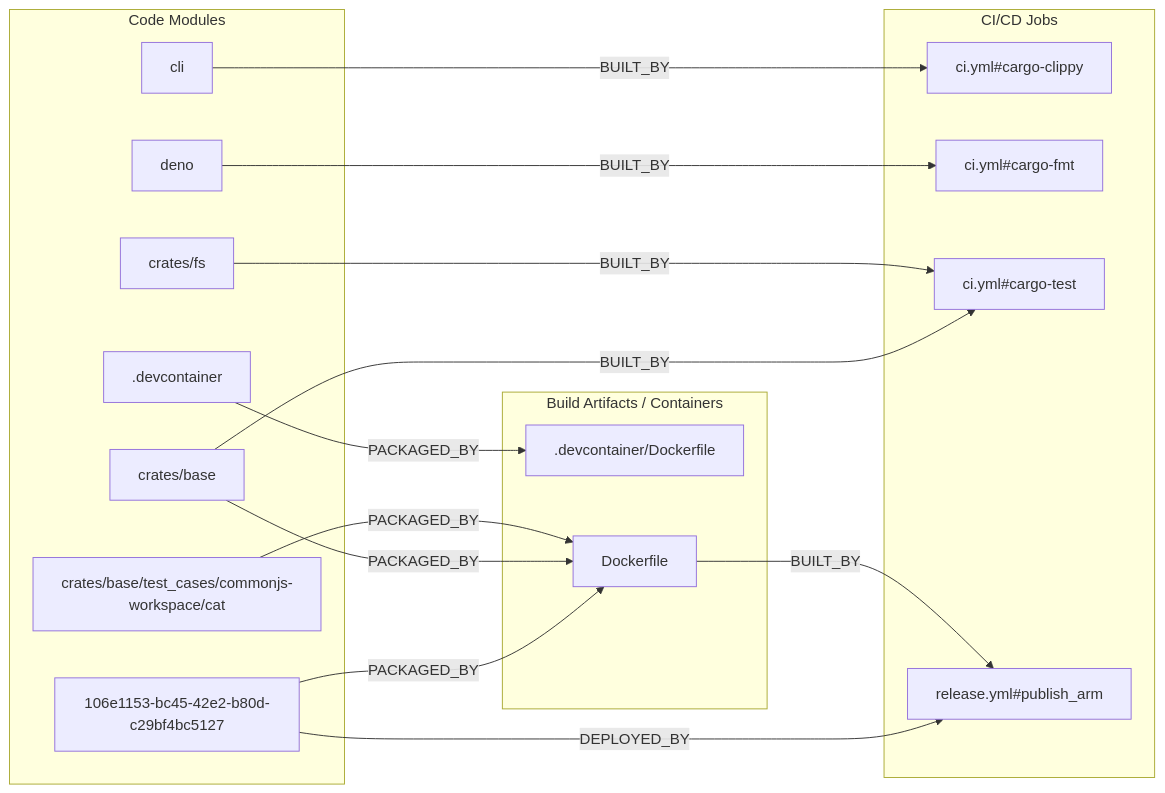
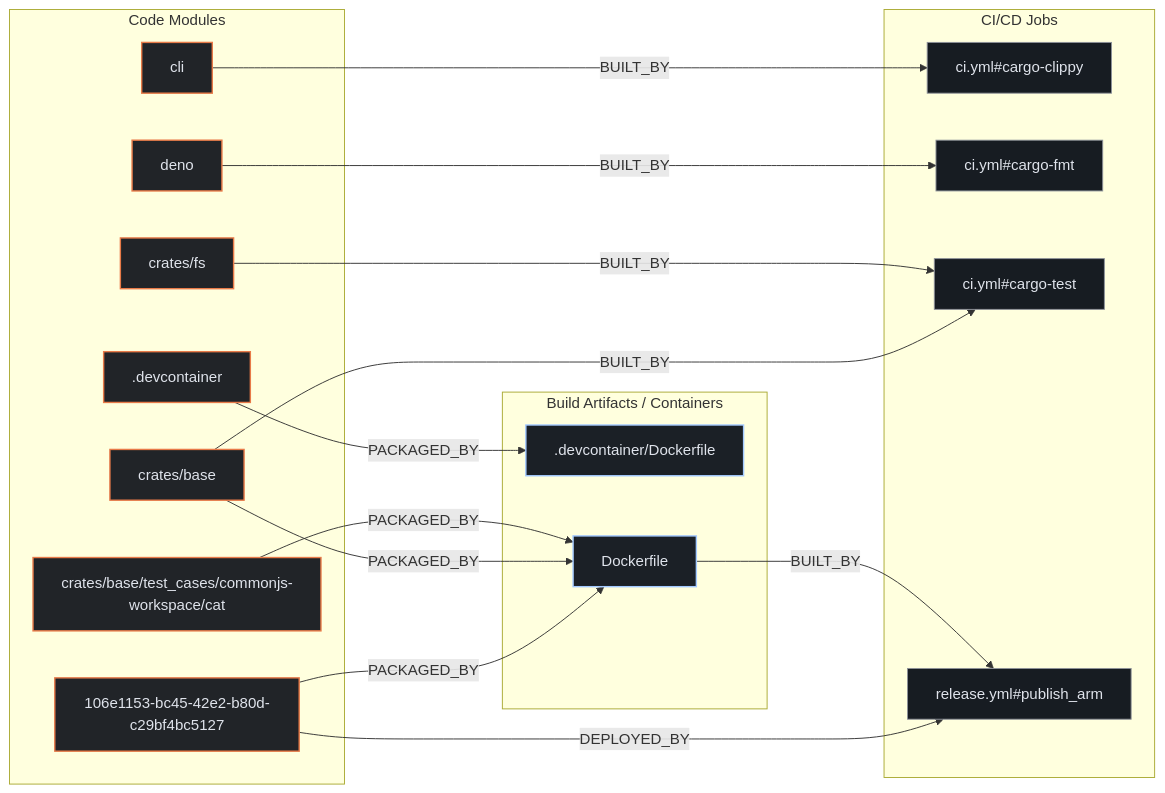
Before and after one commit to kumarshaz/atruss-code-atlas: the second of 3 diagrams in exports/latest/reports/supabase-edge-runtime-report.md, drawn with Mermaid. The commit also changed other lines of this file and 331 other files, not shown here.

Commit message:
docs,ui,fix: update SDLC docs, reorder CI/CD DAG first, stylize Mermaid, and fix Arc42 pipeline topology

````diff
--- a/exports/latest/reports/supabase-edge-runtime-report.md
+++ b/exports/latest/reports/supabase-edge-runtime-report.md
@@ -234,32 +241,36 @@
 ```mermaid
 flowchart LR
+    classDef atlasCategory fill:#212428,stroke:#E87A48,stroke-width:1.5px,color:#dfe3eb
+    classDef atlasWorkflow fill:#1b2026,stroke:#a3c9ff,stroke-width:1.5px,color:#dfe3eb
+    classDef atlasJob fill:#171c22,stroke:#8d9199,stroke-width:1px,color:#dfe3eb
+    classDef atlasTarget fill:#005227,stroke:#8bd99b,stroke-width:1.5px,color:#a7f6b6
     subgraph code_modules["Code Modules"]
-        mod__devcontainer[".devcontainer"]
-        mod_106e1153_bc45_42e2_b80d_c29bf4bc5127["106e1153-bc45-42e2-b80d-c29bf4bc5127"]
-        mod_cli["cli"]
-        mod_crates_base["crates/base"]
-        mod_crates_base_test_cases_commonjs_workspace_cat["crates/base/test_cases/commonjs-workspace/cat"]
-        mod_crates_fs["crates/fs"]
-        mod_deno["deno"]
+        mod__devcontainer[".devcontainer"]:::atlasCategory
+        mod_106e1153_bc45_42e2_b80d_c29bf4bc5127["106e1153-bc45-42e2-b80d-c29bf4bc5127"]:::atlasCategory
+        mod_cli["cli"]:::atlasCategory
+        mod_crates_base["crates/base"]:::atlasCategory
+        mod_crates_base_test_cases_commonjs_workspace_cat["crates/base/test_cases/commonjs-workspace/cat"]:::atlasCategory
+        mod_crates_fs["crates/fs"]:::atlasCategory
+        mod_deno["deno"]:::atlasCategory
     end
     subgraph build_artifacts["Build Artifacts / Containers"]
-        art__devcontainer_Dockerfile[".devcontainer/Dockerfile"]
-        art_Dockerfile["Dockerfile"]
+        art__devcontainer_Dockerfile[".devcontainer/Dockerfile"]:::atlasWorkflow
+        art_Dockerfile["Dockerfile"]:::atlasWorkflow
     end
     subgraph ci_jobs["CI/CD Jobs"]
-        job_ci_yml_cargo_clippy["ci.yml#cargo-clippy"]
-        job_ci_yml_cargo_fmt["ci.yml#cargo-fmt"]
-        job_ci_yml_cargo_test["ci.yml#cargo-test"]
-        job_release_yml_publish_arm["release.yml#publish_arm"]
+        job_ci_yml_cargo_clippy["ci.yml#cargo-clippy"]:::atlasJob
+        job_ci_yml_cargo_fmt["ci.yml#cargo-fmt"]:::atlasJob
+        job_ci_yml_cargo_test["ci.yml#cargo-test"]:::atlasJob
+        job_release_yml_publish_arm["release.yml#publish_arm"]:::atlasJob
     end
     mod__devcontainer -->|PACKAGED_BY| art__devcontainer_Dockerfile
     mod_106e1153_bc45_42e2_b80d_c29bf4bc5127 -->|DEPLOYED_BY| job_release_yml_publish_arm
     mod_106e1153_bc45_42e2_b80d_c29bf4bc5127 -->|PACKAGED_BY| art_Dockerfile
     mod_cli -->|BUILT_BY| job_ci_yml_cargo_clippy
     mod_crates_base -->|BUILT_BY| job_ci_yml_cargo_test
     mod_crates_base -->|PACKAGED_BY| art_Dockerfile
     mod_crates_base_test_cases_commonjs_workspace_cat -->|PACKAGED_BY| art_Dockerfile
     mod_crates_fs -->|BUILT_BY| job_ci_yml_cargo_test
     mod_deno -->|BUILT_BY| job_ci_yml_cargo_fmt
     art_Dockerfile -->|BUILT_BY| job_release_yml_publish_arm
 ```
````
